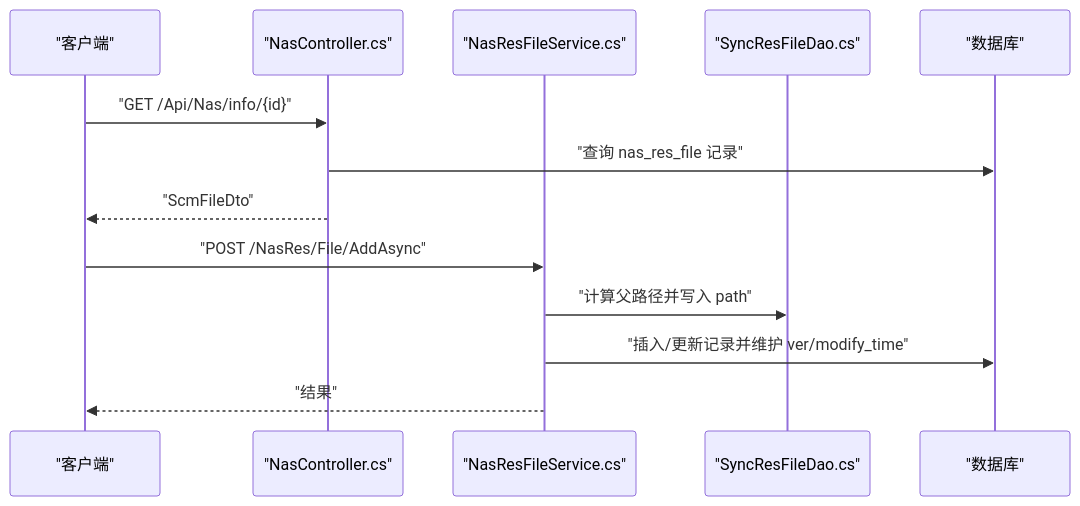
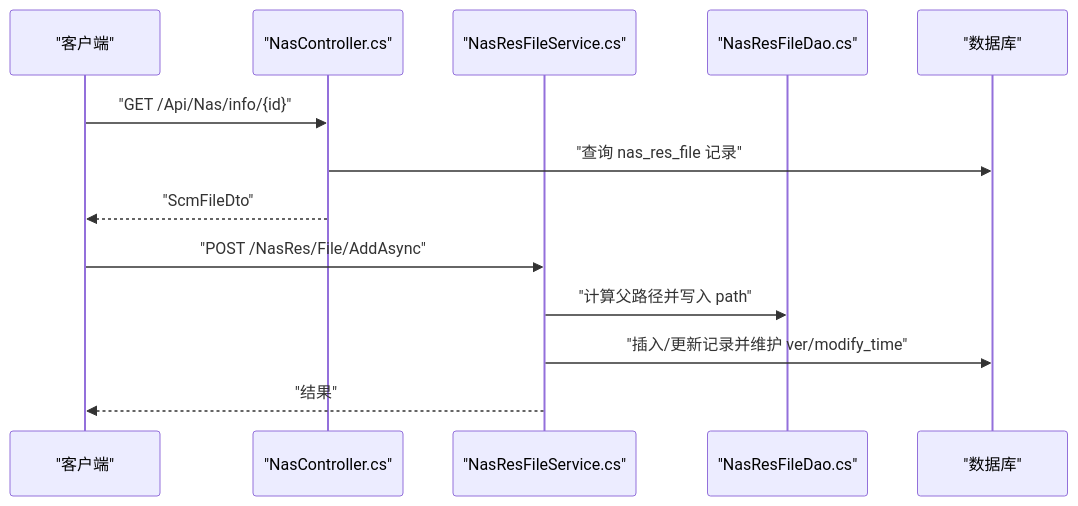
One commit to leadiot/Scm.Net changed the seventh of 10 diagrams in .qoder/repowiki/zh/content/文件管理系统/文件管理系统.md. Above: the diagram before and after it, drawn with Mermaid. The commit also changed other lines of this file and 17 other files, not shown here.

````diff
--- a/.qoder/repowiki/zh/content/文件管理系统/文件管理系统.md
+++ b/.qoder/repowiki/zh/content/文件管理系统/文件管理系统.md
@@ -302,15 +308,15 @@
 ```mermaid
 sequenceDiagram
 participant C as "客户端"
 participant CTRL as "NasController.cs"
 participant SVC as "NasResFileService.cs"
-participant DAO as "SyncResFileDao.cs"
+participant DAO as "NasResFileDao.cs"
 participant DB as "数据库"
 C->>CTRL : "GET /Api/Nas/info/{id}"
 CTRL->>DB : "查询 nas_res_file 记录"
 CTRL-->>C : "ScmFileDto"
 C->>SVC : "POST /NasRes/File/AddAsync"
 SVC->>DAO : "计算父路径并写入 path"
 SVC->>DB : "插入/更新记录并维护 ver/modify_time"
 SVC-->>C : "结果"
 ```
````
